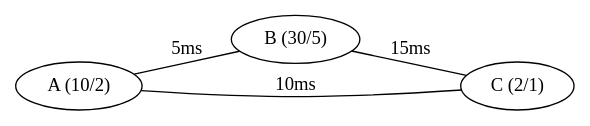
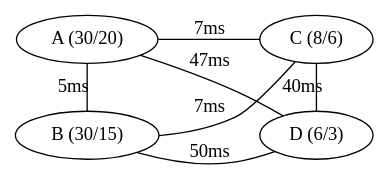
One commit to thusoy/hybrid-video-topology changed the diagram in figs/test-case-standup.dot. Above: the diagram before and after it, drawn with Graphviz. The commit also changed 3 other files, not shown here.

Commit message:
Complete test case graphs

```diff
--- a/figs/test-case-standup.dot
+++ b/figs/test-case-standup.dot
@@ -1,11 +1,20 @@
 digraph {
     edge [dir=none];
     rankdir=LR;
-    a [label="A (10/2)"];
-    b [label="B (30/5)"];
-    c [label="C (2/1)"];
+    a [label="A (30/20)"];
+    b [label="B (30/15)"];
+    c [label="C (8/6)"];
+    d [label="D (6/3)"]
 
     a -> b [label="5ms"];
-    a -> c [label="10ms"];
-    b -> c [label="15ms"];
+    a -> c [label="7ms"];
+    a -> d [label="47ms"];
+
+    b -> c [label="7ms"];
+    b -> d [label="50ms"];
+
+    c -> d [label="40ms"];
+
+    {rank=same; a b}
+    {rank=same; c d}
 }
```
